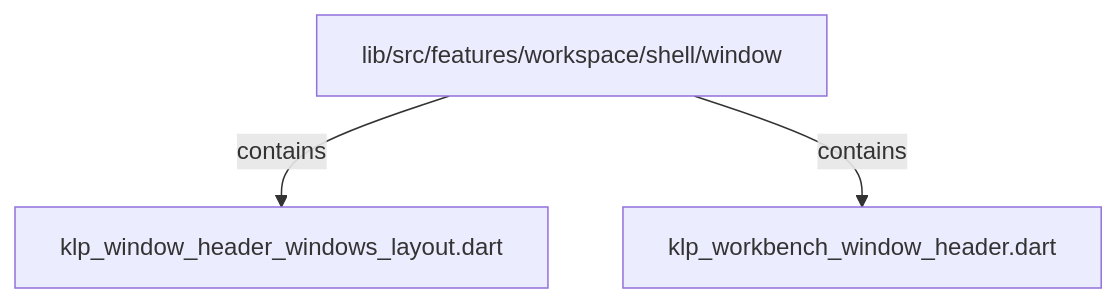
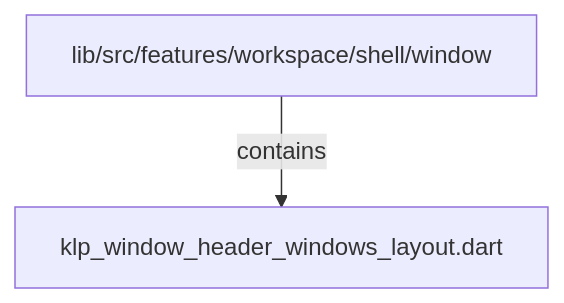
Before and after one commit to MiuDog/Kallopis: the third of 3 diagrams in docs/architecture/src/features/workspace/shell/window/README.md, drawn with Mermaid. The commit also changed other lines of this file and 9688 other files, not shown here.

Commit message:
Prepare isolated Flow F2 peer baseline

````diff
--- a/docs/architecture/src/features/workspace/shell/window/README.md
+++ b/docs/architecture/src/features/workspace/shell/window/README.md
@@ -113,8 +103,6 @@
 ```mermaid
 flowchart TD
 	n0["lib/src/features/workspace/shell/window"]
 	n1["klp_window_header_windows_layout.dart"]
-	n2["klp_workbench_window_header.dart"]
 	n0 -->|"contains"| n1
-	n0 -->|"contains"| n2
 ```
````
